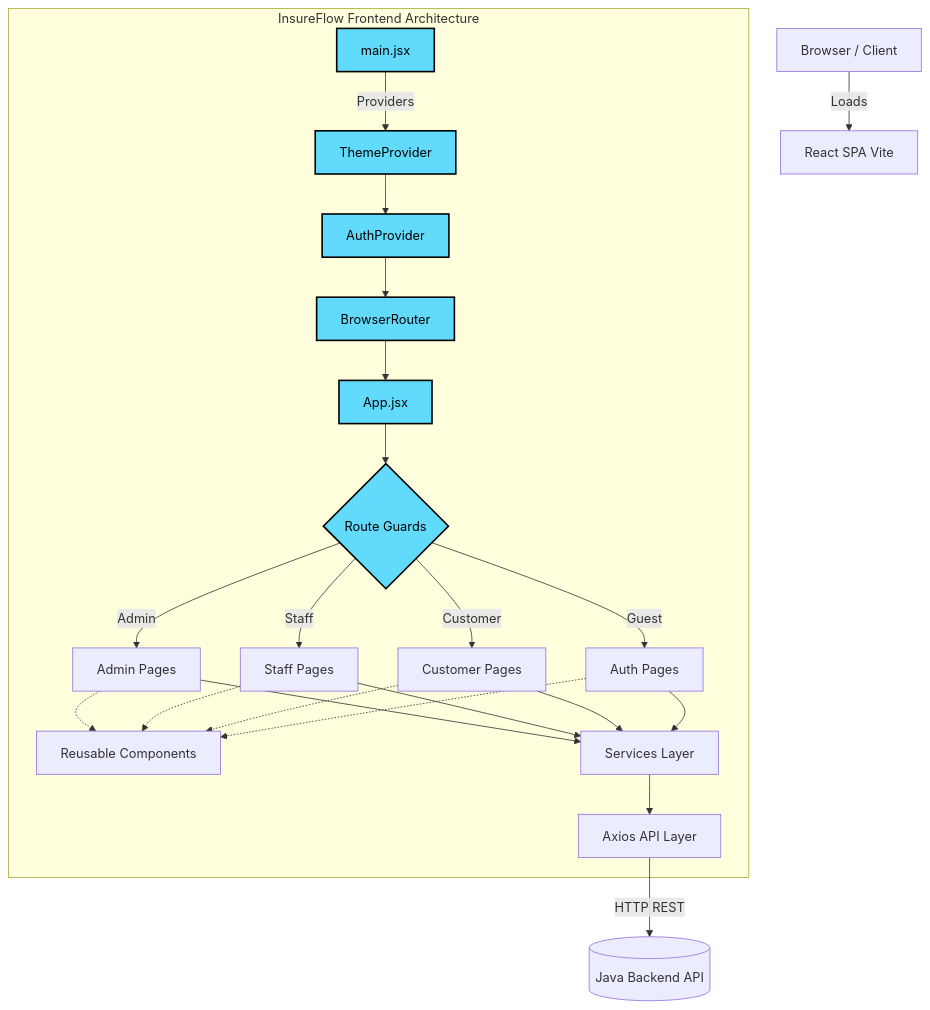
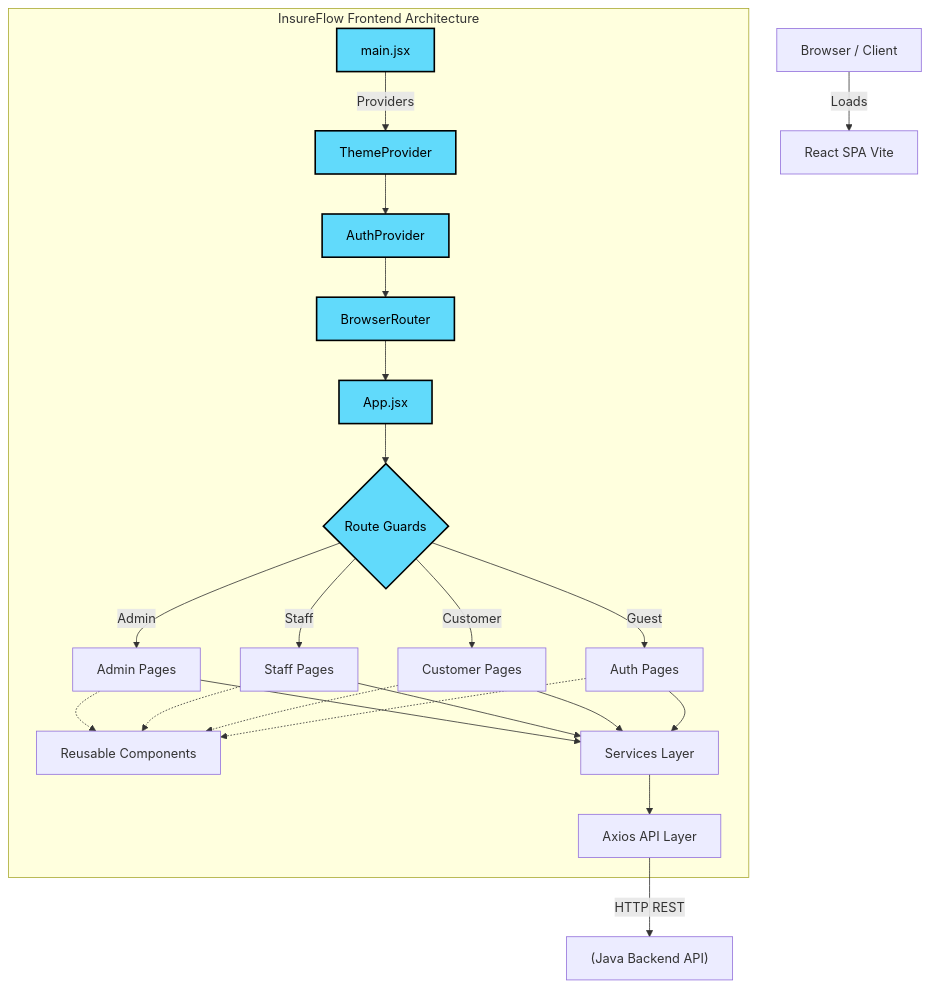
One commit to Gurry-12/insurance-policy-claim-management-app-ui changed the first of 2 diagrams in docs/architecture/overview.md. Above: the diagram before and after it, drawn with Mermaid. The commit also changed 7 other files, not shown here.

Commit message:
fix: Quote Mermaid labels to resolve rendering issues

````diff
--- a/docs/architecture/overview.md
+++ b/docs/architecture/overview.md
@@ -11,31 +11,31 @@
 ```mermaid
 graph TD
-    Browser[Browser / Client] -->|Loads| Vite[React SPA Vite]
+    Browser["Browser / Client"] -->|Loads| Vite["React SPA Vite"]
     
     subgraph Frontend [InsureFlow Frontend Architecture]
         Main[main.jsx] -->|Providers| Theme[ThemeProvider]
         Theme --> Auth[AuthProvider]
         Auth --> Router[BrowserRouter]
         
         Router --> App[App.jsx]
         
-        App --> Routes{Route Guards}
-        Routes -->|Guest| AuthPages[Auth Pages]
-        Routes -->|Admin| AdminPages[Admin Pages]
-        Routes -->|Staff| StaffPages[Staff Pages]
-        Routes -->|Customer| CustPages[Customer Pages]
+        App --> Routes{"Route Guards"}
+        Routes -->|Guest| AuthPages["Auth Pages"]
+        Routes -->|Admin| AdminPages["Admin Pages"]
+        Routes -->|Staff| StaffPages["Staff Pages"]
+        Routes -->|Customer| CustPages["Customer Pages"]
         
-        AdminPages & StaffPages & CustPages & AuthPages -.-> Components[Reusable Components]
+        AdminPages & StaffPages & CustPages & AuthPages -.-> Components["Reusable Components"]
         
-        AdminPages & StaffPages & CustPages & AuthPages --> Services[Services Layer]
+        AdminPages & StaffPages & CustPages & AuthPages --> Services["Services Layer"]
         
-        Services --> API[Axios API Layer]
+        Services --> API["Axios API Layer"]
     end
     
-    API -->|HTTP REST| Backend[(Java Backend API)]
+    API -->|HTTP REST| Backend["(Java Backend API)"]
     
     classDef React fill:#61dafb,stroke:#000,stroke-width:2px,color:#000
     classDef Node fill:#fff,stroke:#333,stroke-width:1px
     
     class Main,Theme,Auth,Router,App,Routes React
 ```
````
